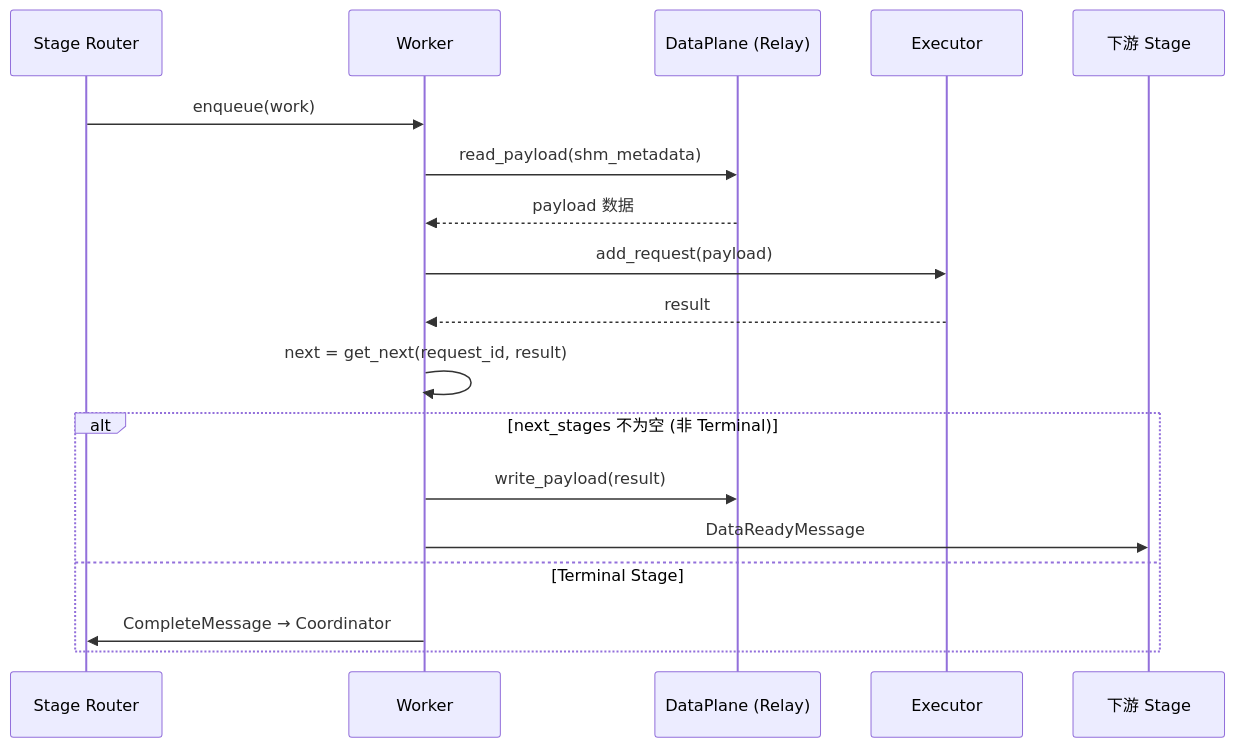
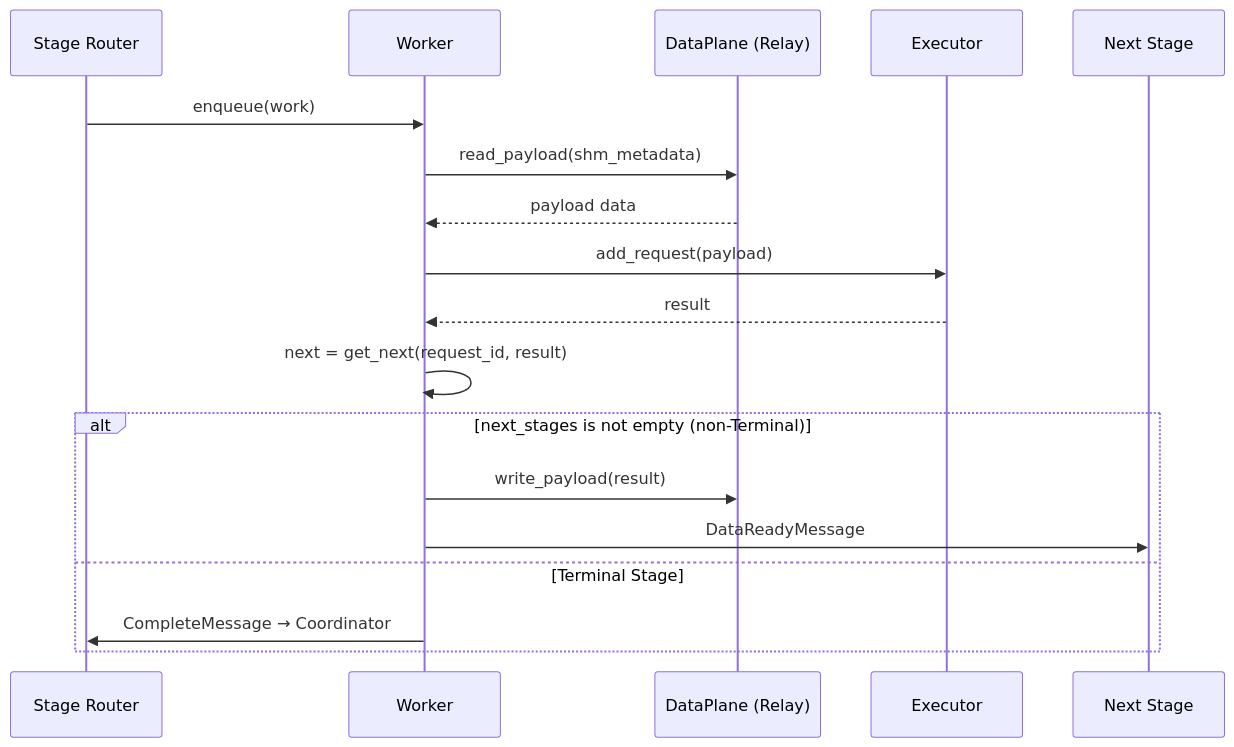
Diagram 16 of 31 in sglang/sglang-omni/README.md (zhaochenyang20/Awesome-ML-SYS-Tutorial), drawn with Mermaid before and after one commit. The commit also changed other lines of this file, not shown here.

First line of the commit message:
style: use English in all Mermaid diagrams, fix broken links, simplify oversized charts

````diff
--- a/sglang/sglang-omni/README.md
+++ b/sglang/sglang-omni/README.md
@@ -814,22 +749,22 @@
 ```mermaid
 sequenceDiagram
     participant S as Stage Router
     participant W as Worker
     participant DP as DataPlane (Relay)
     participant E as Executor
-    participant Next as 下游 Stage
+    participant Next as Next Stage
 
     S->>W: enqueue(work)
     W->>DP: read_payload(shm_metadata)
-    DP-->>W: payload 数据
+    DP-->>W: payload data
     W->>E: add_request(payload)
     E-->>W: result
     W->>W: next = get_next(request_id, result)
 
-    alt next_stages 不为空 (非 Terminal)
+    alt next_stages is not empty (non-Terminal)
         W->>DP: write_payload(result)
         W->>Next: DataReadyMessage
     else Terminal Stage
         W->>S: CompleteMessage → Coordinator
     end
 ```
````
